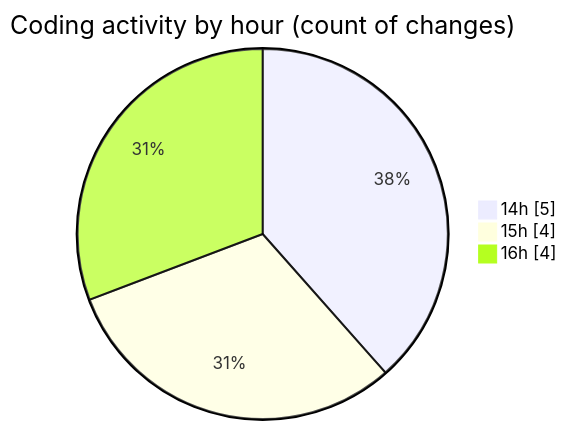
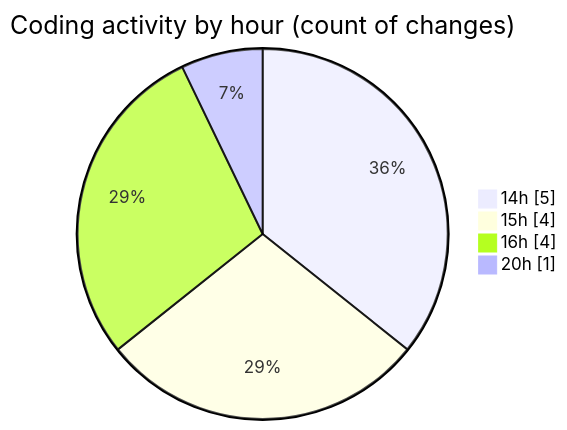
The second of 2 diagrams in 2026-04-23/darkwire/README.md (tmsrecording-cyber/code-tracking), drawn with Mermaid before and after one commit. The commit also changed other lines of this file and 1 other file, not shown here.

````diff
--- a/2026-04-23/darkwire/README.md
+++ b/2026-04-23/darkwire/README.md
@@ -35,7 +36,8 @@
 ```mermaid
 pie showData
 title Coding activity by hour (count of changes)
 "14h" : 5
 "15h" : 4
 "16h" : 4
+"20h" : 1
 ```
````
